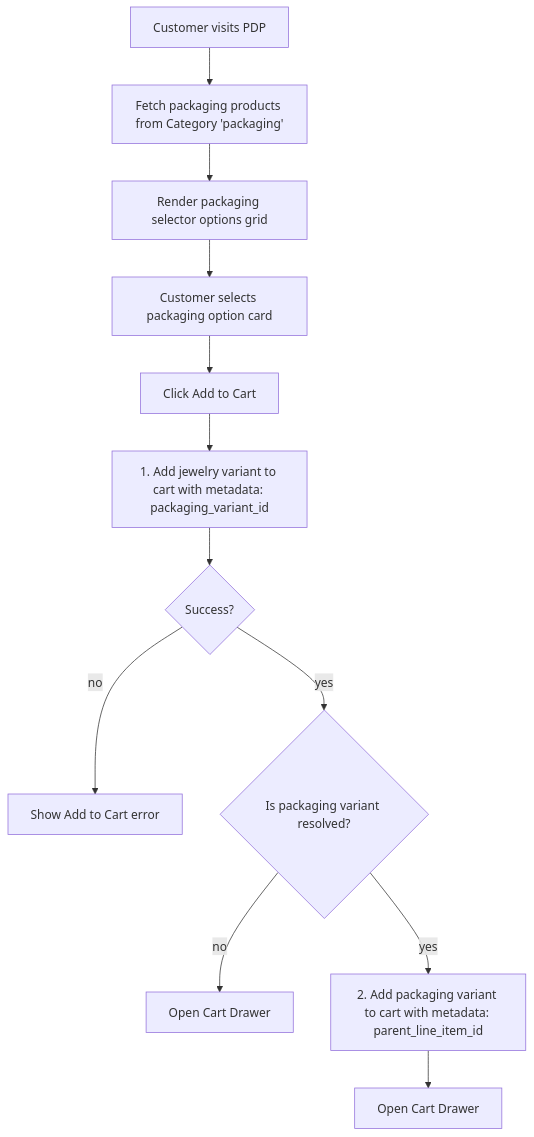
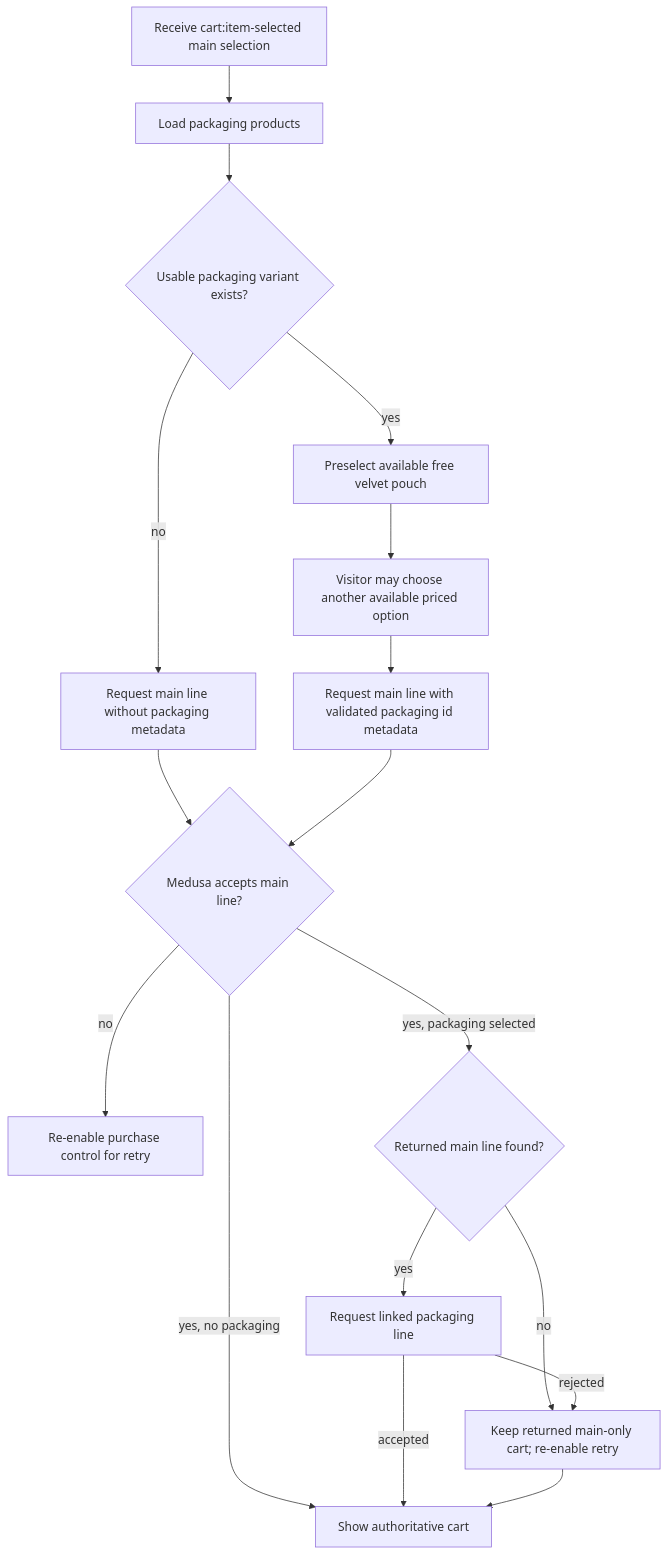
One commit to AtoshaKartosha/sunluk changed the first of 3 diagrams in flows/features/product-addons.md. Above: the diagram before and after it, drawn with Mermaid. The commit also changed other lines of this file and 74 other files, not shown here.

````diff
--- a/flows/features/product-addons.md
+++ b/flows/features/product-addons.md
@@ -42,17 +45,19 @@
 ```mermaid
 flowchart TD
-  Start[Customer visits PDP] --> LoadPack[Fetch packaging products from Category 'packaging']
-  LoadPack --> ShowOptions[Render packaging selector options grid]
-  
-  ShowOptions --> Toggle[Customer selects packaging option card]
-  Toggle --> ClickAdd[Click Add to Cart]
-  
-  ClickAdd --> AddMain[1. Add jewelry variant to cart with metadata: packaging_variant_id]
-  AddMain --> AddSuccess{Success?}
-  AddSuccess -->|no| ShowError[Show Add to Cart error]
-  AddSuccess -->|yes| CheckAddon{Is packaging variant resolved?}
-  
-  CheckAddon -->|no| OpenCart[Open Cart Drawer]
-  CheckAddon -->|yes| AddAddon[2. Add packaging variant to cart with metadata: parent_line_item_id]
-  AddAddon --> AddonSuccess[Open Cart Drawer]
+  Main[Receive cart:item-selected main selection] --> Load[Load packaging products]
+  Load --> Loaded{Usable packaging variant exists?}
+  Loaded -->|no| MainOnly[Request main line without packaging metadata]
+  Loaded -->|yes| Default[Preselect available free velvet pouch]
+  Default --> Select[Visitor may choose another available priced option]
+  Select --> AddMainWith[Request main line with validated packaging id metadata]
+  MainOnly --> MainAccepted{Medusa accepts main line?}
+  AddMainWith --> MainAccepted
+  MainAccepted -->|no| Retry[Re-enable purchase control for retry]
+  MainAccepted -->|yes, no packaging| Done[Show authoritative cart]
+  MainAccepted -->|yes, packaging selected| Parent{Returned main line found?}
+  Parent -->|no| MainRemains
+  Parent -->|yes| AddPackaging[Request linked packaging line]
+  AddPackaging -->|accepted| Done
+  AddPackaging -->|rejected| MainRemains[Keep returned main-only cart; re-enable retry]
+  MainRemains --> Done
 ```
````
